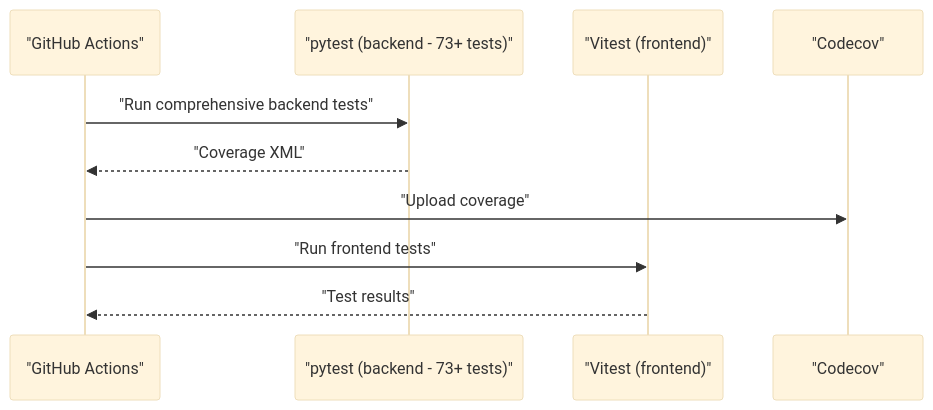
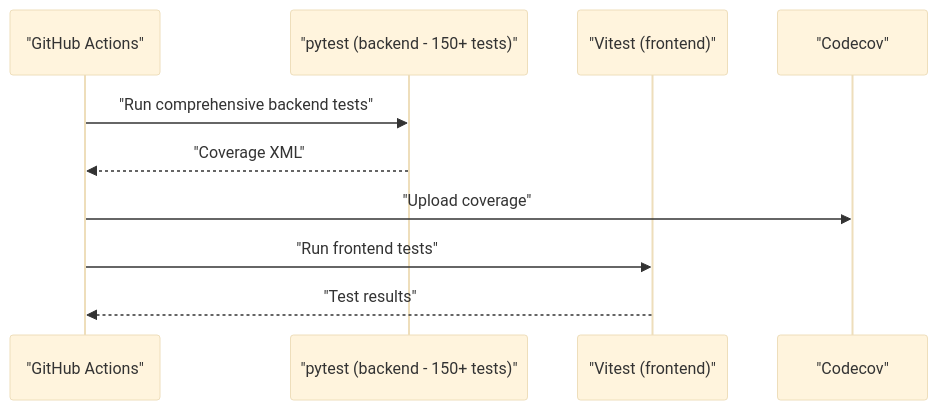
The second of 12 diagrams in .qoder/repowiki/en/content/Testing Strategy.md (Revanththetalogics/aireume), drawn with Mermaid (base theme) before and after one commit. The commit also changed other lines of this file and 10 other files, not shown here.

````diff
--- a/.qoder/repowiki/en/content/Testing Strategy.md
+++ b/.qoder/repowiki/en/content/Testing Strategy.md
@@ -162,12 +188,12 @@
 ```mermaid
 sequenceDiagram
 participant GH as "GitHub Actions"
-participant Py as "pytest (backend - 73+ tests)"
+participant Py as "pytest (backend - 150+ tests)"
 participant VT as "Vitest (frontend)"
 participant Cov as "Codecov"
 GH->>Py : "Run comprehensive backend tests"
 Py-->>GH : "Coverage XML"
 GH->>Cov : "Upload coverage"
 GH->>VT : "Run frontend tests"
 VT-->>GH : "Test results"
 ```
````
